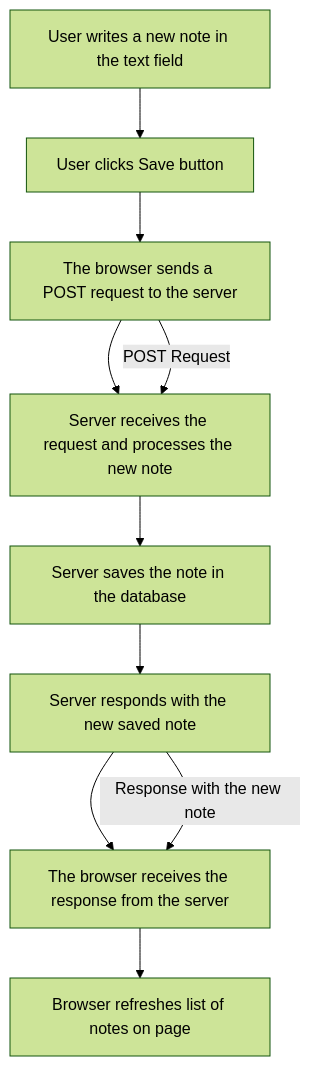
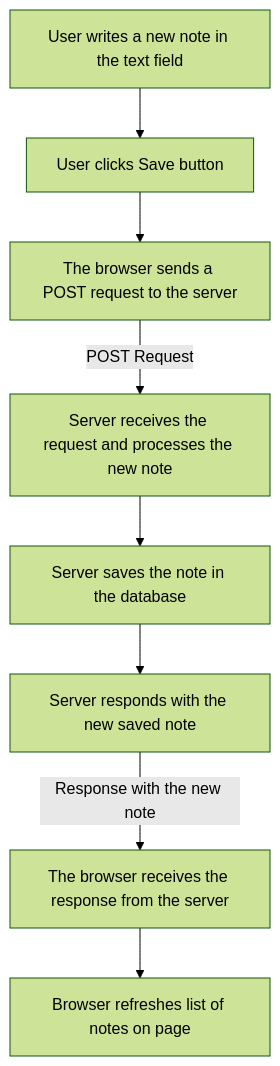
The diagram in diagrams.md (ernestovv85/FullstackOpen-Exercises-Part0), drawn with Mermaid (forest theme) before and after one commit.

````diff
--- a/diagrams.md
+++ b/diagrams.md
@@ -1,14 +1,10 @@
 ```mermaid
 graph TD
     A[User writes a new note in the text field] --> B[User clicks Save button]
     B -->C[The browser sends a POST request to the server]
-    C -->D[Server receives the request and processes the new note]
+    C -->|POST Request| D[Server receives the request and processes the new note]
     D -->E[Server saves the note in the database]
     E -->F[Server responds with the new saved note]
-    F -->G[The browser receives the response from the server]
+    F -->|Response with the new note| G[The browser receives the response from the server]
     G -->H[Browser refreshes list of notes on page]
-
-    
-    C -->|POST Request| D
-    F -->|Response with the new note| G
 ```
````
